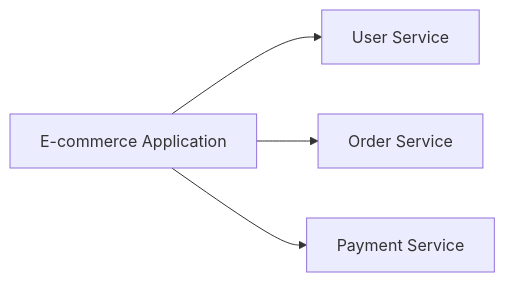
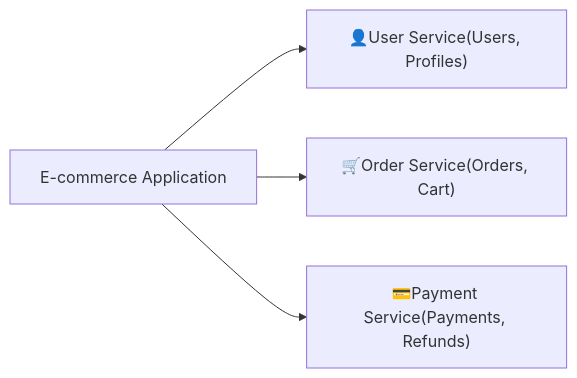
Before and after one commit to apirusov/OneYearChallenge_projects: the third of 4 diagrams in WIKI/Microservices/Basic_concepts.MD, drawn with Mermaid. The commit also changed other lines of this file, not shown here.

````diff
--- a/WIKI/Microservices/Basic_concepts.MD
+++ b/WIKI/Microservices/Basic_concepts.MD
@@ -80,6 +80,6 @@
 ```mermaid
 graph LR
-    ecApp[E-commerce Application] --> usrSrc[User Service]
-    ecApp[E-commerce Application] --> ordSrc[Order Service]
-    ecApp[E-commerce Application] --> paySrc[Payment Service]
+    ecApp[E-commerce Application] --> usrSrc["👤User Service(Users, Profiles)"]
+    ecApp[E-commerce Application] --> ordSrc["🛒Order Service(Orders, Cart)"]
+    ecApp[E-commerce Application] --> paySrc["💳Payment Service(Payments, Refunds)"]
 ```
````
